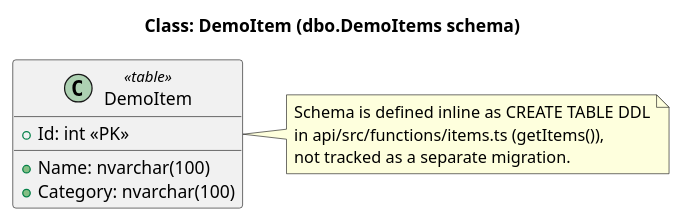
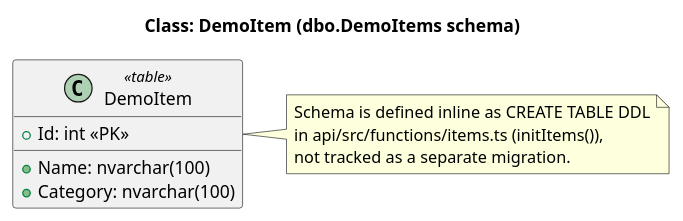
The diagram in uml/structure/1-class.puml (wolffy-au/frictionless-sample-azure), drawn with PlantUML before and after one commit. The commit also changed 13 other files, not shown here.

First line of the commit message:
docs(uml): show the read-first demo-items flow

```diff
--- a/uml/structure/1-class.puml
+++ b/uml/structure/1-class.puml
@@ -1,16 +1,16 @@
 @startuml
 title Class: DemoItem (dbo.DemoItems schema)
 
 class DemoItem <<table>> {
   +Id: int <<PK>>
   +Name: nvarchar(100)
   +Category: nvarchar(100)
 }
 
 note right of DemoItem
   Schema is defined inline as CREATE TABLE DDL
-  in api/src/functions/items.ts (getItems()),
+  in api/src/functions/items.ts (initItems()),
   not tracked as a separate migration.
 end note
 
 @enduml
```
